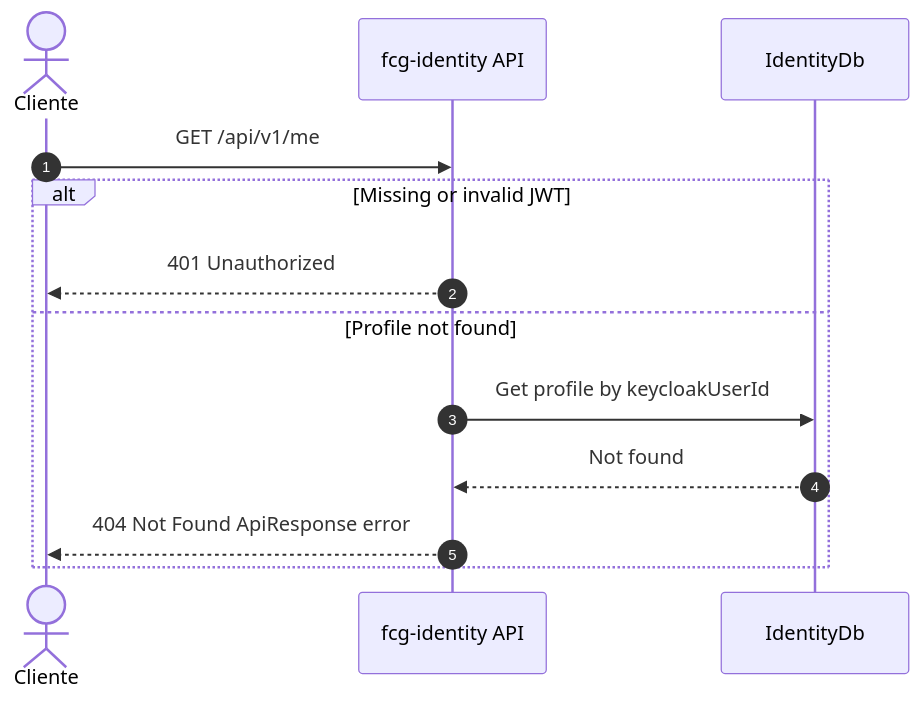
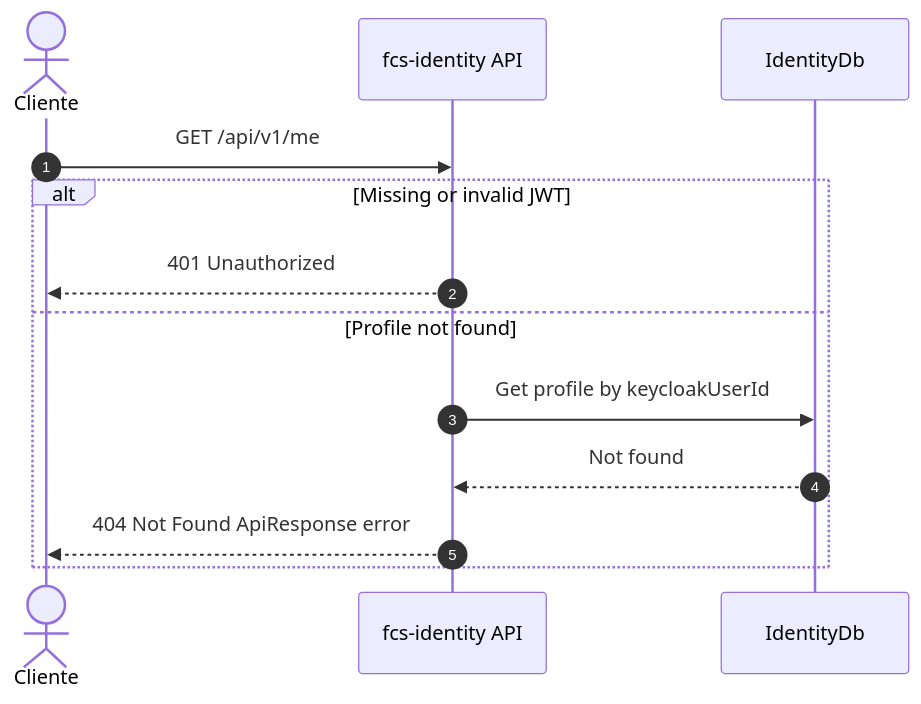
Before and after one commit to group10-tc-01/fcs-fase05-docs: the eighth of 30 diagrams in architecture/endpoint-flows.md, drawn with Mermaid. The commit also changed other lines of this file and 36 other files, not shown here.

Commit message:
chore: renomado de: {fcg-|fcg.} para: {fcs-|fcs.} em todos os projetos e referências

````diff
--- a/architecture/endpoint-flows.md
+++ b/architecture/endpoint-flows.md
@@ -155,16 +155,16 @@
 ```mermaid
 sequenceDiagram
     autonumber
     actor Client as Cliente
-    participant IdentityApi as fcg-identity API
+    participant IdentityApi as fcs-identity API
     participant IdentityDb as IdentityDb
 
     Client->>IdentityApi: GET /api/v1/me
     alt Missing or invalid JWT
         IdentityApi-->>Client: 401 Unauthorized
     else Profile not found
         IdentityApi->>IdentityDb: Get profile by keycloakUserId
         IdentityDb-->>IdentityApi: Not found
         IdentityApi-->>Client: 404 Not Found ApiResponse error
     end
 ```
````
